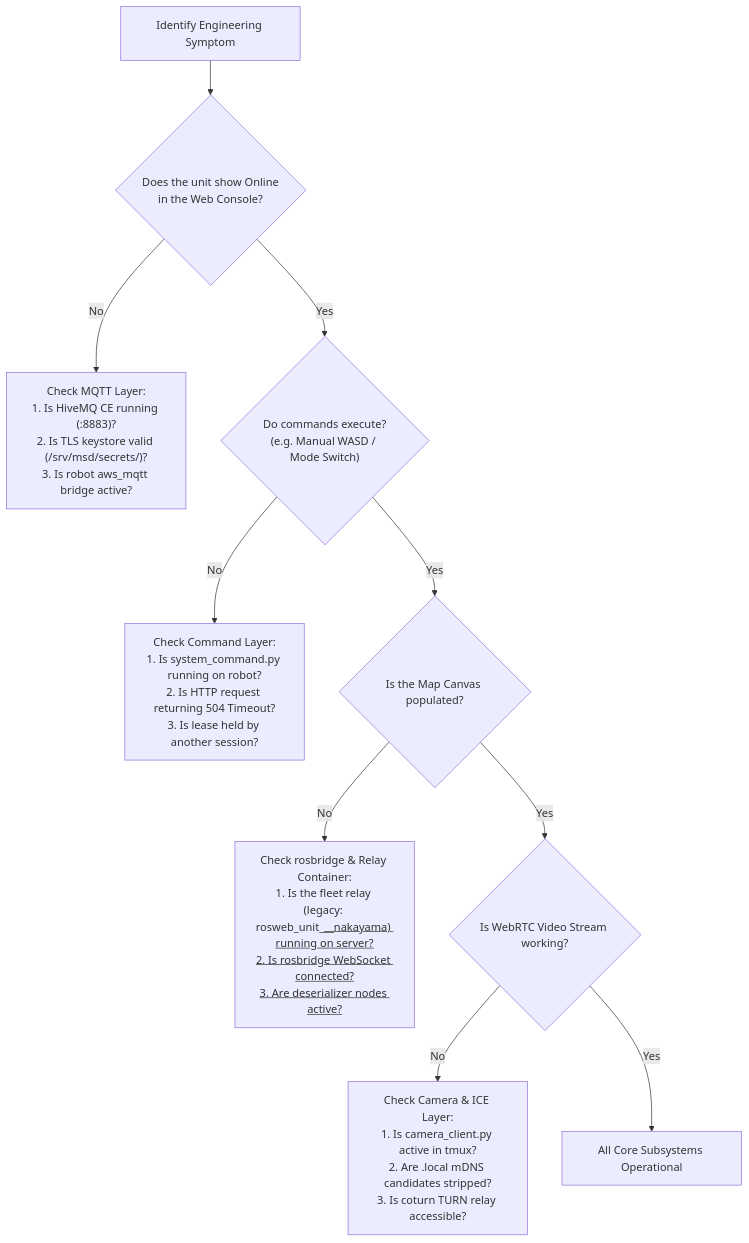
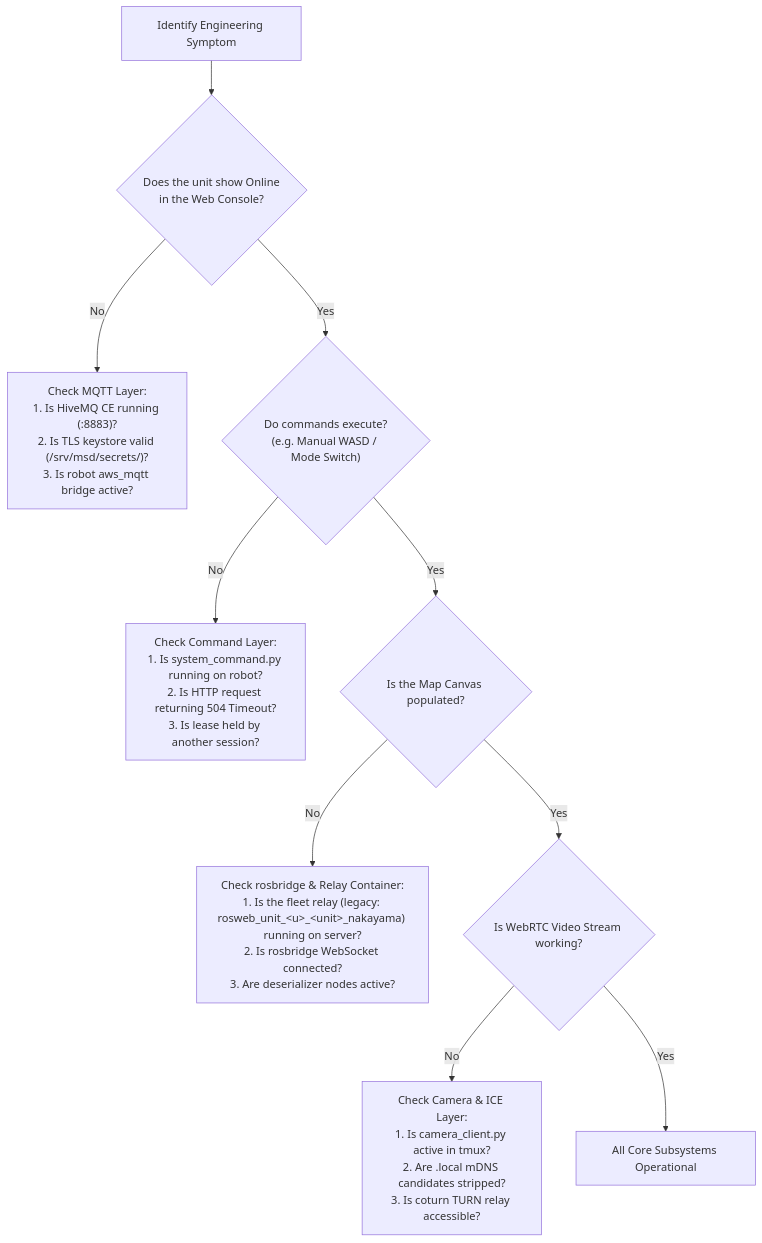
Before and after one commit to itbdelaboprogramming/msd700_documentation: the diagram in docs/development/troubleshooting-guide.md, drawn with Mermaid. The commit also changed 148 other files, not shown here.

First line of the commit message:
docs: render all mermaid diagrams to static draw.io-style PNGs

````diff
--- a/docs/development/troubleshooting-guide.md
+++ b/docs/development/troubleshooting-guide.md
@@ -18,16 +18,16 @@
 ```mermaid
 flowchart TD
   START["Identify Engineering Symptom"] --> Q1{"Does the unit show Online<br/>in the Web Console?"}
 
   Q1 -->|No| MQTT_FAIL["Check MQTT Layer:<br/>1. Is HiveMQ CE running (:8883)?<br/>2. Is TLS keystore valid (/srv/msd/secrets/)?<br/>3. Is robot aws_mqtt bridge active?"]
   Q1 -->|Yes| Q2{"Do commands execute?<br/>(e.g. Manual WASD / Mode Switch)"}
 
   Q2 -->|No| CMD_FAIL["Check Command Layer:<br/>1. Is system_command.py running on robot?<br/>2. Is HTTP request returning 504 Timeout?<br/>3. Is lease held by another session?"]
   Q2 -->|Yes| Q3{"Is the Map Canvas populated?"}
 
-  Q3 -->|No| CANVAS_FAIL["Check rosbridge & Relay Container:<br/>1. Is the fleet relay (legacy: rosweb_unit_<u>_<unit>_nakayama) running on server?<br/>2. Is rosbridge WebSocket connected?<br/>3. Are deserializer nodes active?"]
+  Q3 -->|No| CANVAS_FAIL["Check rosbridge & Relay Container:<br/>1. Is the fleet relay (legacy: rosweb_unit_#lt;u#gt;_#lt;unit#gt;_nakayama) running on server?<br/>2. Is rosbridge WebSocket connected?<br/>3. Are deserializer nodes active?"]
   Q3 -->|Yes| Q4{"Is WebRTC Video Stream working?"}
 
   Q4 -->|No| VIDEO_FAIL["Check Camera & ICE Layer:<br/>1. Is camera_client.py active in tmux?<br/>2. Are .local mDNS candidates stripped?<br/>3. Is coturn TURN relay accessible?"]
   Q4 -->|Yes| APP_OK["All Core Subsystems Operational"]
 ```
````
